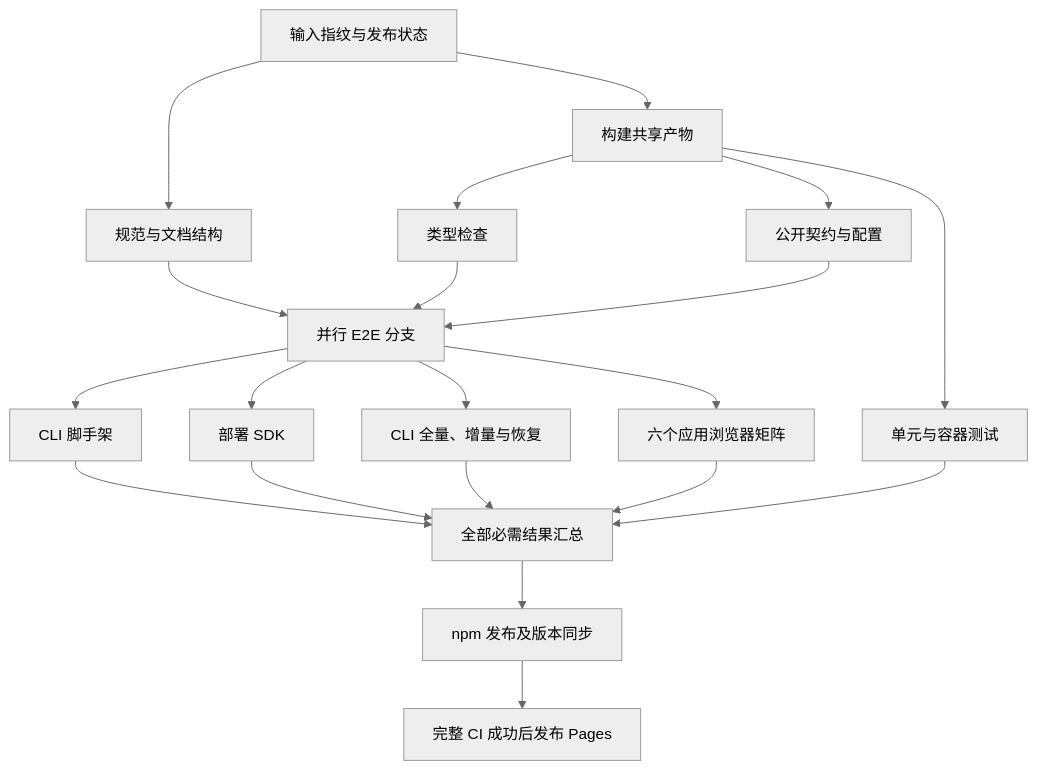
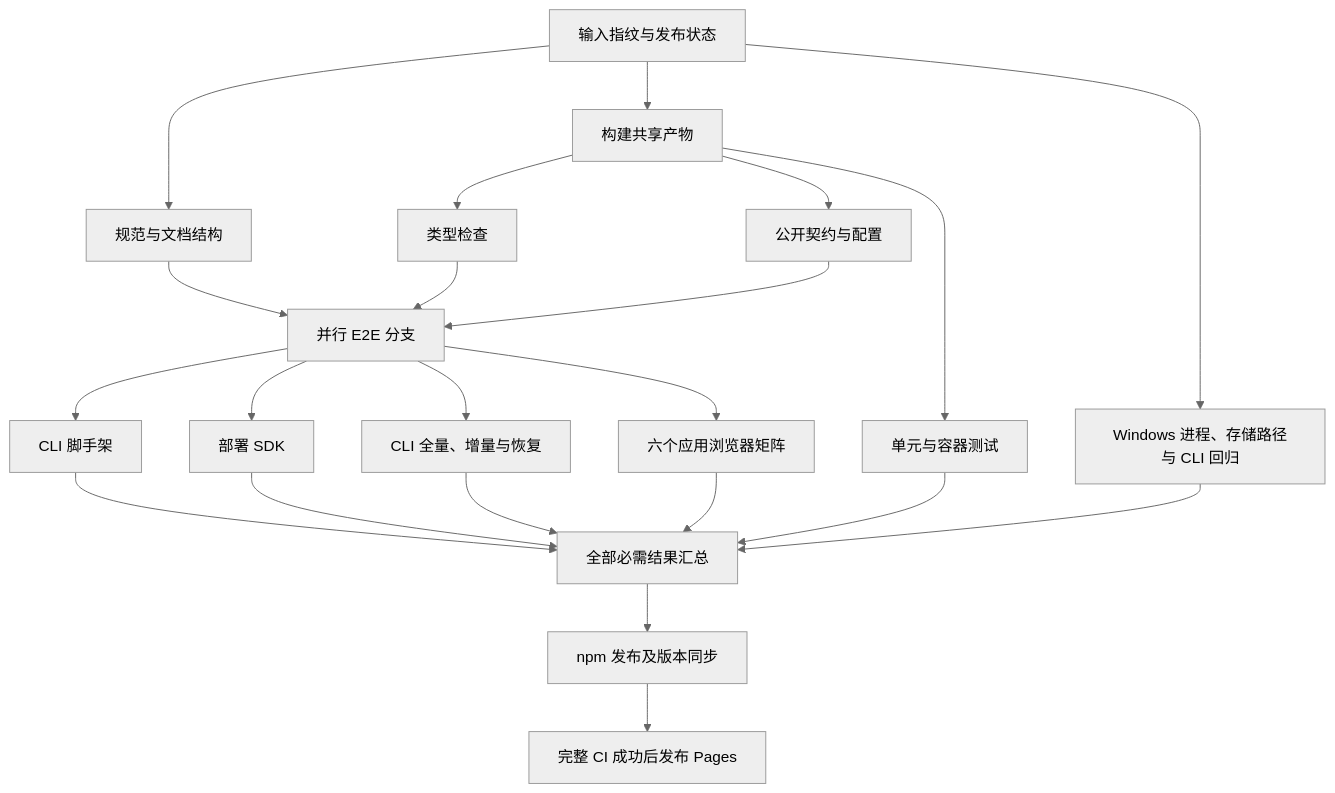
One commit to hai-series/hai-framework changed the diagram in docs/ci.md. Above: the diagram before and after it, drawn with Mermaid (neutral theme). The commit also changed other lines of this file and 13 other files, not shown here.

````diff
--- a/docs/ci.md
+++ b/docs/ci.md
@@ -7,22 +11,24 @@
 ```mermaid
 flowchart TD
   P[输入指纹与发布状态] --> B[构建共享产物]
   P --> L[规范与文档结构]
+  P --> W[Windows 进程、存储路径与 CLI 回归]
   B --> T[类型检查]
   B --> C[公开契约与配置]
   B --> U[单元与容器测试]
   L --> E[并行 E2E 分支]
   T --> E
   C --> E
   E --> S[CLI 脚手架]
   E --> D[部署 SDK]
   E --> I[CLI 全量、增量与恢复]
   E --> A[六个应用浏览器矩阵]
   S --> Q[全部必需结果汇总]
   D --> Q
   I --> Q
   A --> Q
   U --> Q
+  W --> Q
   Q --> R[npm 发布及版本同步]
   R --> G[完整 CI 成功后发布 Pages]
 ```
````
